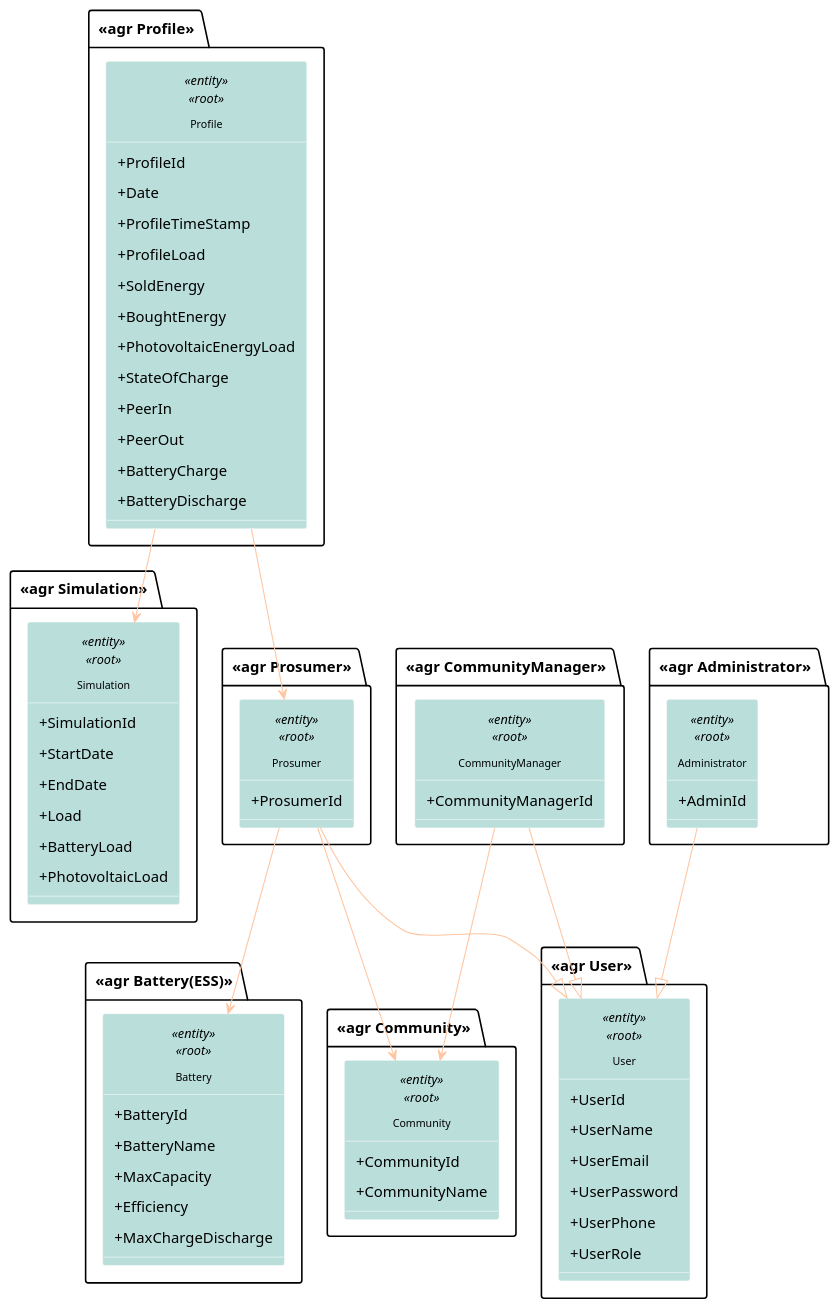
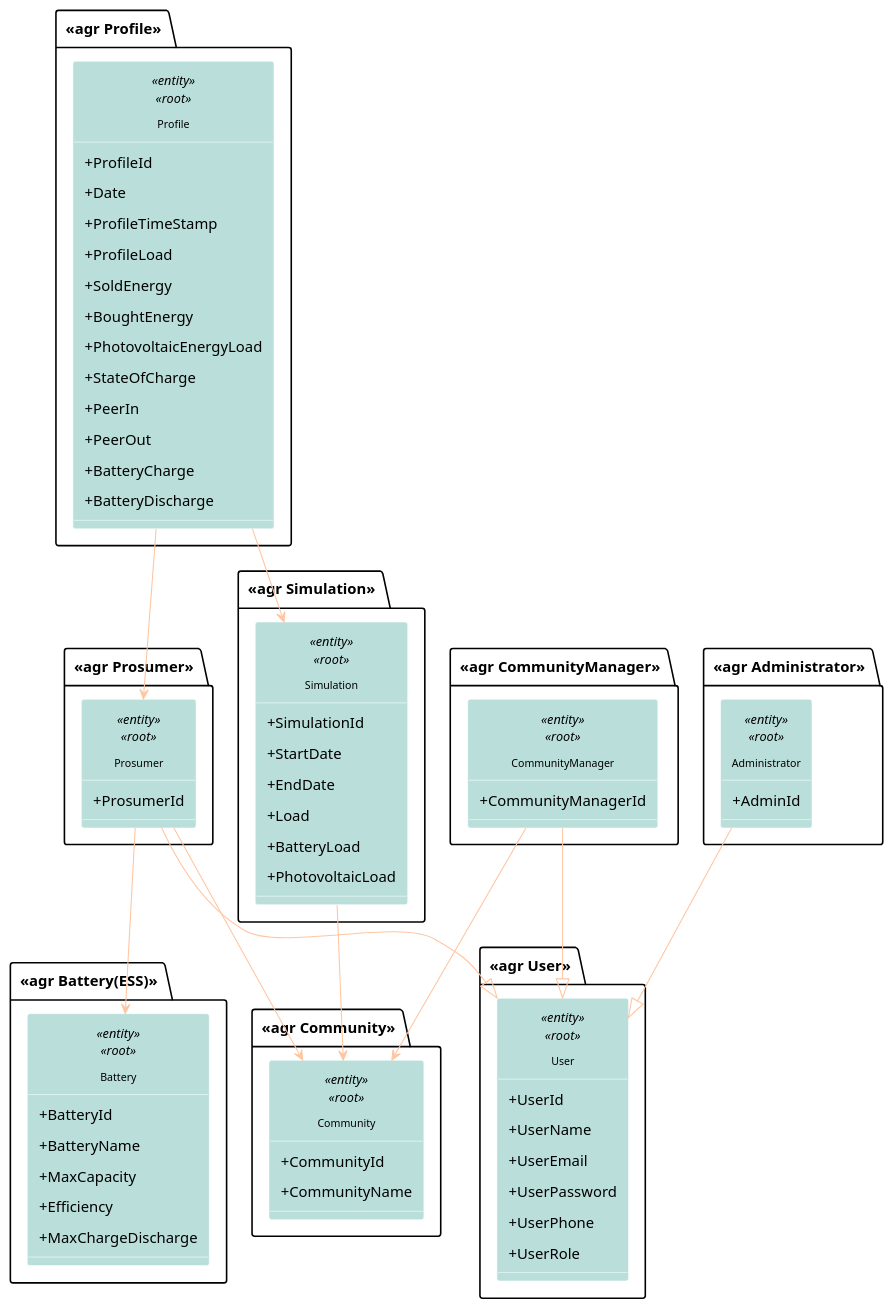
Before and after one commit to Phenriquerafael/EnergyComunitiesPlatform: the diagram in Documentation/Domain Model/DDD/CompactDDD.puml, drawn with PlantUML. The commit also changed 25 other files, not shown here.

```diff
--- a/Documentation/Domain Model/DDD/CompactDDD.puml
+++ b/Documentation/Domain Model/DDD/CompactDDD.puml
@@ -1,115 +1,118 @@
 @startuml DDD_compact2
 
 hide circle
 
 skinparam titleBorderRoundCorner 15
 skinparam titleFontSize 30
 skinparam classAttributeIconSize 0
 
 
 skinparam nodesep 10
 skinparam ranksep 15
 skinparam padding 5
 
 skinparam classFontSize 10
 skinparam classFontName Arial
 skinparam classFontColor black
 
 skinparam class {
   ArrowColor ffc5a1
   BorderColor White
   BackgroundColor badfdb
   BackgroundColor<<Event>> skyblue
   BackgroundColor<<Service>> Moccasin
 }
 
 top to bottom direction
 
+package "<<agr Community>>" {
+  class Community <<entity>><<root>> {
+    +CommunityId
+    +CommunityName
+  }
+}
+
+
 package "<<agr Simulation>>" {
   class Simulation <<entity>><<root>> {
     +SimulationId
     +StartDate
     +EndDate
     +Load
     +BatteryLoad
     +PhotovoltaicLoad
   }
+    Simulation --> Community
 }
 
-package "<<agr Community>>" {
-  class Community <<entity>><<root>> {
-    +CommunityId
-    +CommunityName
-  }
-}
 
 package "<<agr Profile>>" {
   class Profile <<entity>><<root>> {
     +ProfileId
     +Date
     +ProfileTimeStamp
     +ProfileLoad
     +SoldEnergy
     +BoughtEnergy
     +PhotovoltaicEnergyLoad
     +StateOfCharge
     +PeerIn
     +PeerOut
     +BatteryCharge
     +BatteryDischarge
   }
   Profile --> Simulation
 }
 
 package "<<agr User>>" {
   class User <<entity>><<root>> {
     +UserId
     +UserName
     +UserEmail
     +UserPassword
     +UserPhone
     +UserRole
   }
 }
 
 
 
 
 package "<<agr Prosumer>>" {
   class Prosumer <<entity>><<root>> {
     +ProsumerId
   }
  
   Prosumer --> Community
    Prosumer --|> User
   Profile --> Prosumer
 }
 
 package "<<agr Battery(ESS)>>" {
   class Battery <<entity>><<root>> {
     +BatteryId
     +BatteryName
     +MaxCapacity
     +Efficiency
     +MaxChargeDischarge
   }
   Prosumer --> Battery
 }
 
 
 package "<<agr CommunityManager>>" {
   class CommunityManager <<entity>><<root>> {
     +CommunityManagerId
   }
   CommunityManager --|> User
   CommunityManager --> Community
 }
 
 package "<<agr Administrator>>" {
   class Administrator <<entity>><<root>> {
     +AdminId
   }
   Administrator --|> User
 }
 
 @enduml
```
